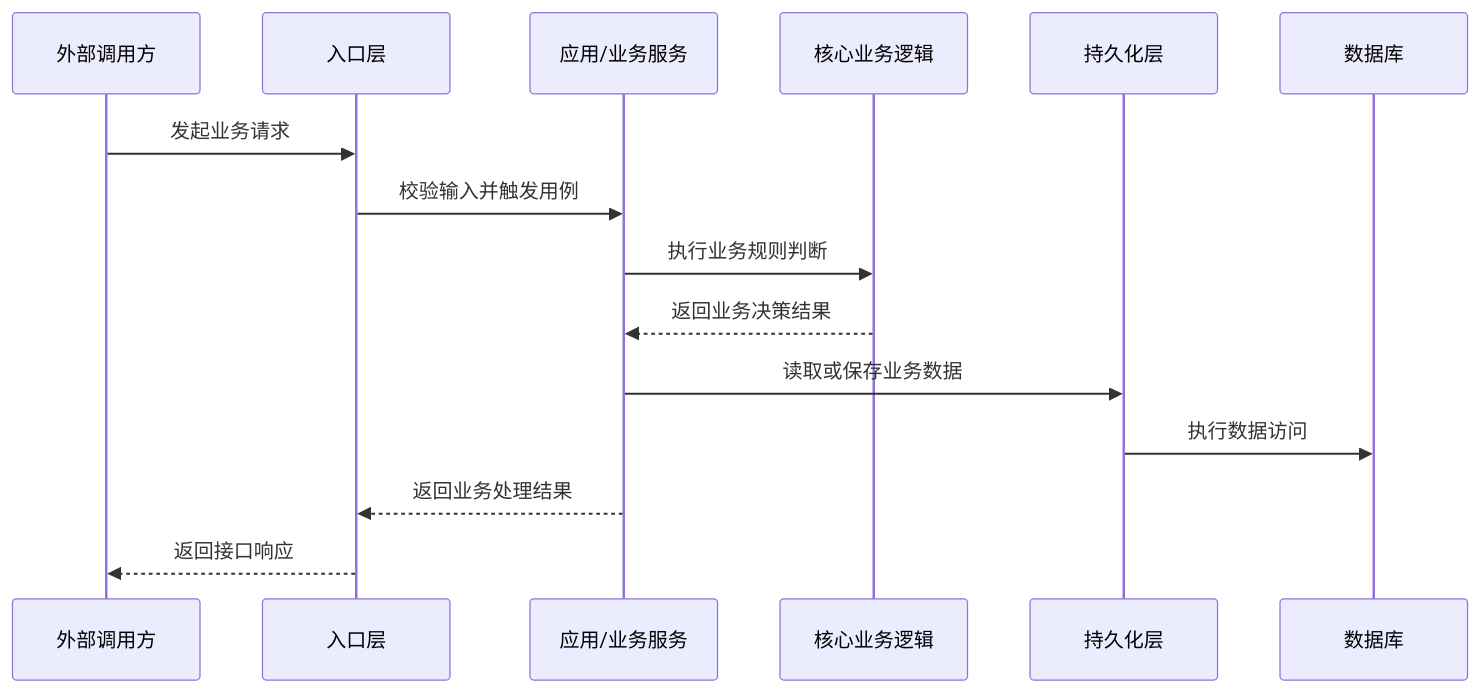
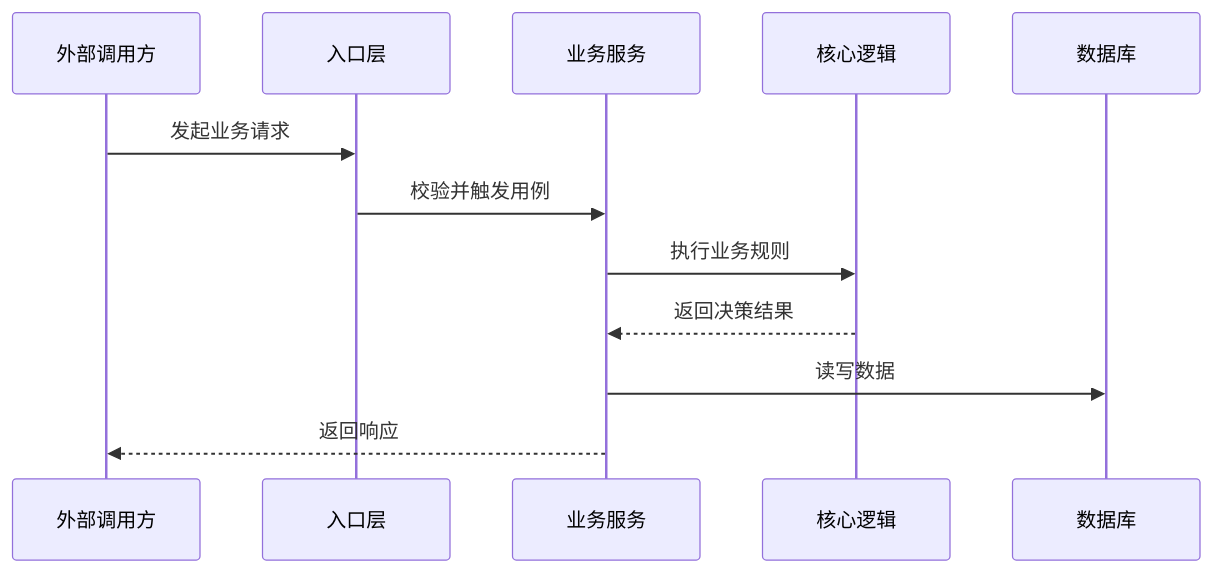
The second of 5 diagrams in skills/chisel-help/references/as-is-template.md (Jxin-Cai/chisel), drawn with Mermaid before and after one commit. The commit also changed other lines of this file and 30 other files, not shown here.

````diff
--- a/skills/chisel-help/references/as-is-template.md
+++ b/skills/chisel-help/references/as-is-template.md
@@ -29,18 +88,15 @@
 ```mermaid
 sequenceDiagram
   participant Client as 外部调用方
   participant Entry as 入口层
-  participant Service as 应用/业务服务
-  participant Domain as 核心业务逻辑
-  participant Persistence as 持久化层
+  participant Service as 业务服务
+  participant Domain as 核心逻辑
   participant DB as 数据库
 
   Client->>Entry: 发起业务请求
-  Entry->>Service: 校验输入并触发用例
-  Service->>Domain: 执行业务规则判断
-  Domain-->>Service: 返回业务决策结果
-  Service->>Persistence: 读取或保存业务数据
-  Persistence->>DB: 执行数据访问
-  Service-->>Entry: 返回业务处理结果
-  Entry-->>Client: 返回接口响应
+  Entry->>Service: 校验并触发用例
+  Service->>Domain: 执行业务规则
+  Domain-->>Service: 返回决策结果
+  Service->>DB: 读写数据
+  Service-->>Client: 返回响应
 ```
````
